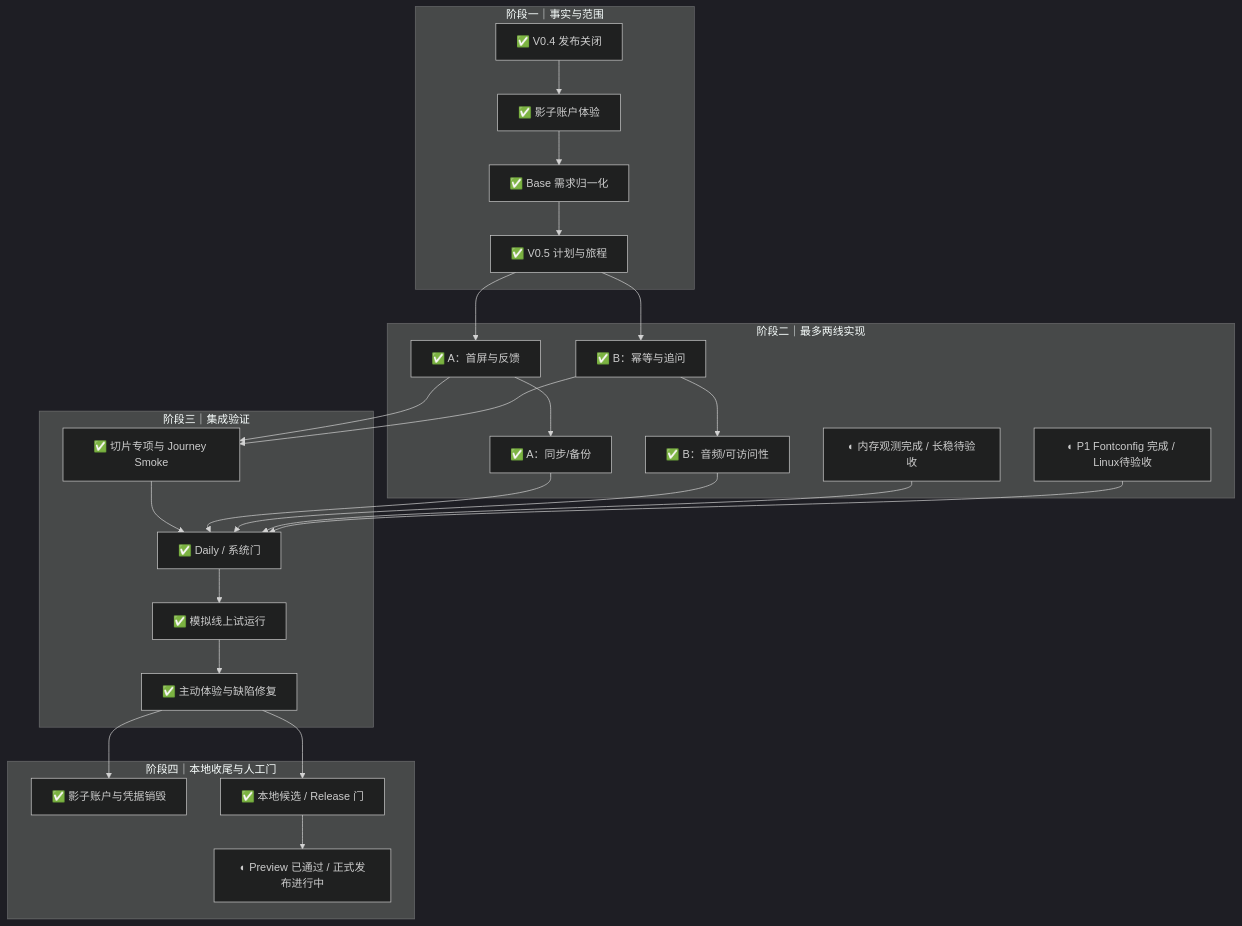
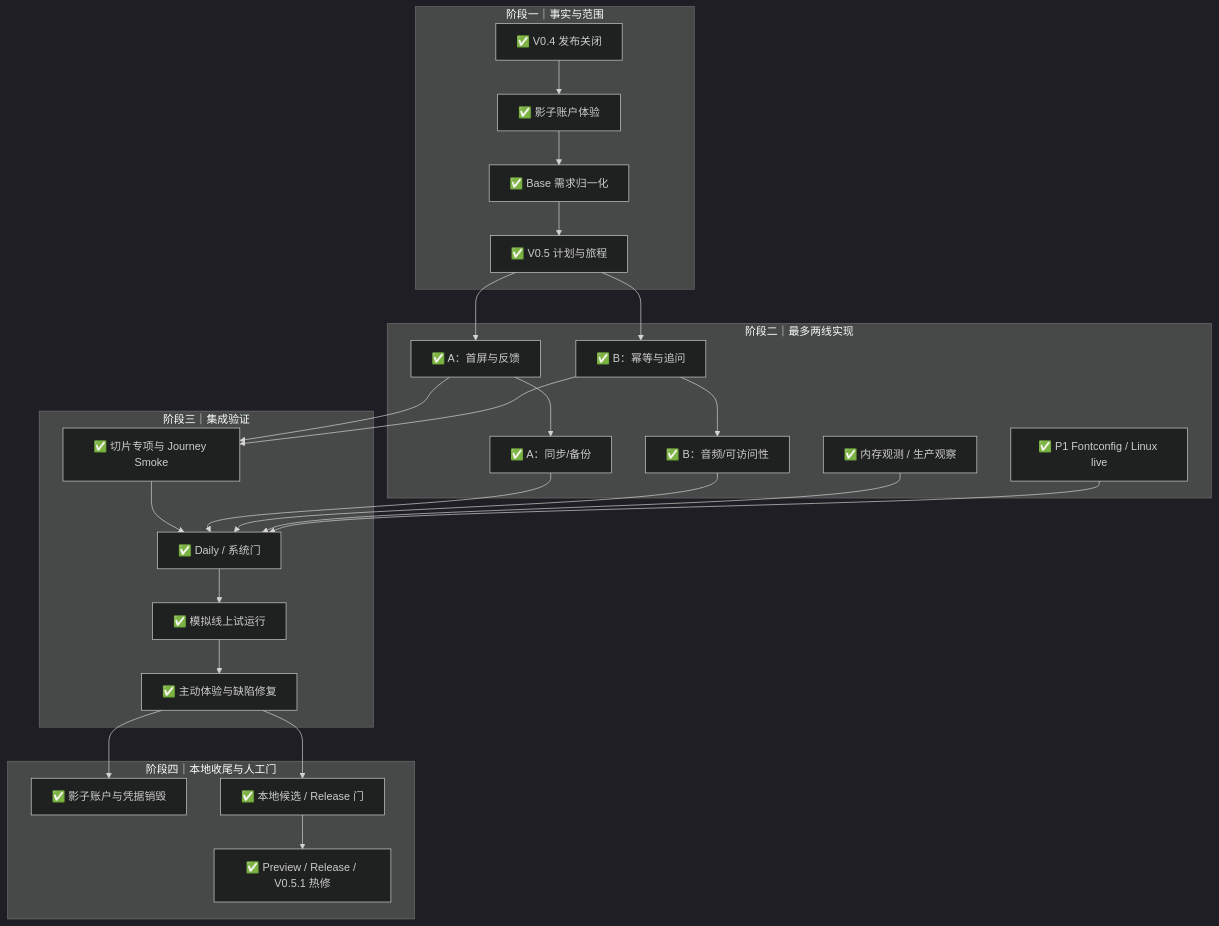
Before and after one commit to 77Liu/for-now: the diagram in reports/iteration-plan-v0.5.0-2026-10-03.md, drawn with Mermaid (dark theme). The commit also changed other lines of this file and 6 other files, not shown here.

````diff
--- a/reports/iteration-plan-v0.5.0-2026-10-03.md
+++ b/reports/iteration-plan-v0.5.0-2026-10-03.md
@@ -197,35 +197,35 @@
 ```mermaid
 flowchart TD
   subgraph BASE["阶段一｜事实与范围"]
     A["✅ V0.4 发布关闭"] --> B["✅ 影子账户体验"]
     B --> C["✅ Base 需求归一化"]
     C --> D["✅ V0.5 计划与旅程"]
   end
   subgraph BUILD["阶段二｜最多两线实现"]
     E["✅ A：首屏与反馈"] --> F["✅ A：同步/备份"]
     G["✅ B：幂等与追问"] --> H["✅ B：音频/可访问性"]
-    I["◐ 内存观测完成 / 长稳待验收"]
-    Q["◐ P1 Fontconfig 完成 / Linux待验收"]
+    I["✅ 内存观测 / 生产观察"]
+    Q["✅ P1 Fontconfig / Linux live"]
   end
   subgraph VERIFY["阶段三｜集成验证"]
     J["✅ 切片专项与 Journey Smoke"] --> K["✅ Daily / 系统门"]
     K --> L["✅ 模拟线上试运行"]
     L --> M["✅ 主动体验与缺陷修复"]
   end
   subgraph CLOSE["阶段四｜本地收尾与人工门"]
     N["✅ 影子账户与凭据销毁"]
     O["✅ 本地候选 / Release 门"]
-    P["◐ Preview 已通过 / 正式发布进行中"]
+    P["✅ Preview / Release / V0.5.1 热修"]
   end
   D --> E
   D --> G
   E --> J
   G --> J
   F --> K
   H --> K
   I --> K
   Q --> K
   M --> N
   M --> O
   O --> P
 ```
````
